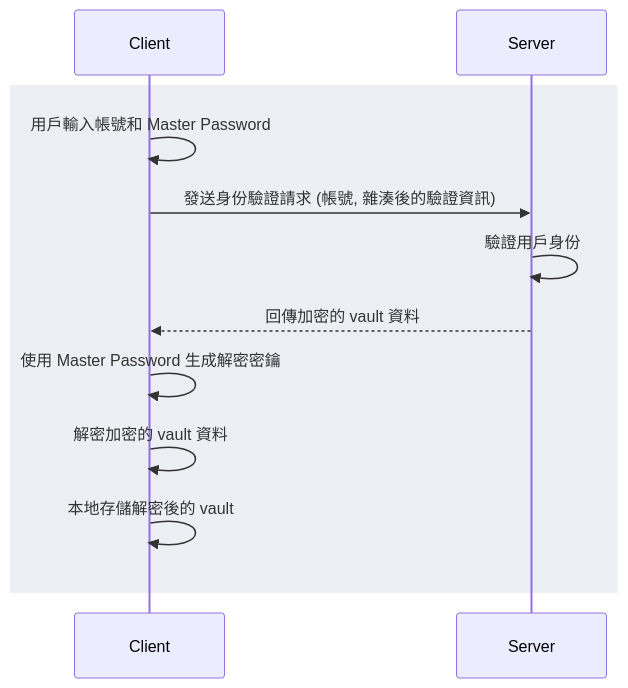
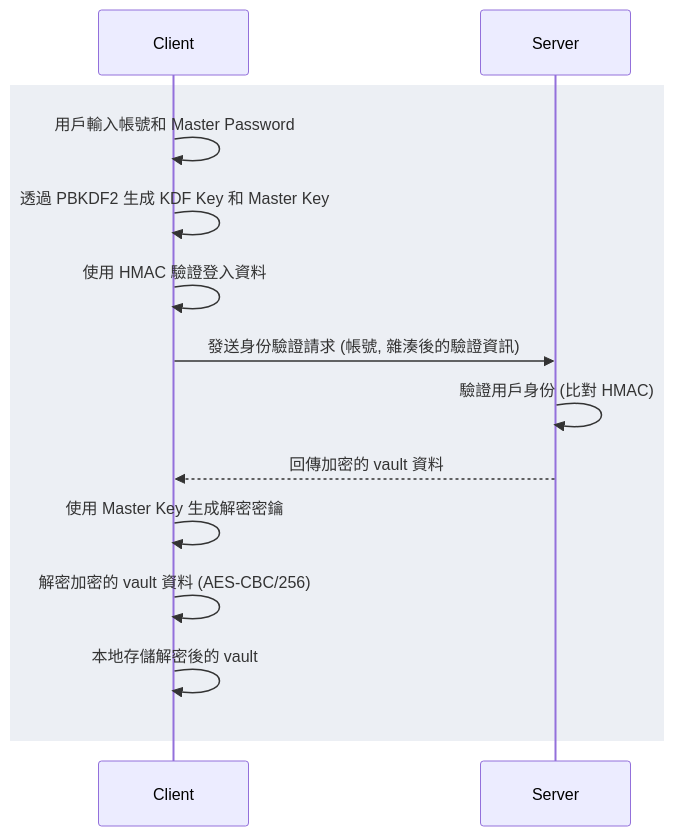
Before and after one commit to omegaatt36/omegaatt-blog: the second of 3 diagrams in content/blogs/develop/2023/bitwarden_with_self_hosted_password_backend/index.md, drawn with Mermaid. The commit also changed other lines of this file and 2 other files, not shown here.

````diff
--- a/content/blogs/develop/2023/bitwarden_with_self_hosted_password_backend/index.md
+++ b/content/blogs/develop/2023/bitwarden_with_self_hosted_password_backend/index.md
@@ -65,15 +72,17 @@
 ```mermaid
 sequenceDiagram
     participant Client
     participant Server
 
     rect rgb(236,239,244)
     Client ->> Client: 用戶輸入帳號和 Master Password
+    Client ->> Client: 透過 PBKDF2 生成 KDF Key 和 Master Key
+    Client ->> Client: 使用 HMAC 驗證登入資料
     Client ->> Server: 發送身份驗證請求 (帳號, 雜湊後的驗證資訊)
-    Server ->> Server: 驗證用戶身份
+    Server ->> Server: 驗證用戶身份 (比對 HMAC)
     Server -->> Client: 回傳加密的 vault 資料
-    Client ->> Client: 使用 Master Password 生成解密密鑰
-    Client ->> Client: 解密加密的 vault 資料
+    Client ->> Client: 使用 Master Key 生成解密密鑰
+    Client ->> Client: 解密加密的 vault 資料 (AES-CBC/256)
     Client ->> Client: 本地存儲解密後的 vault
     end
 ```
````
